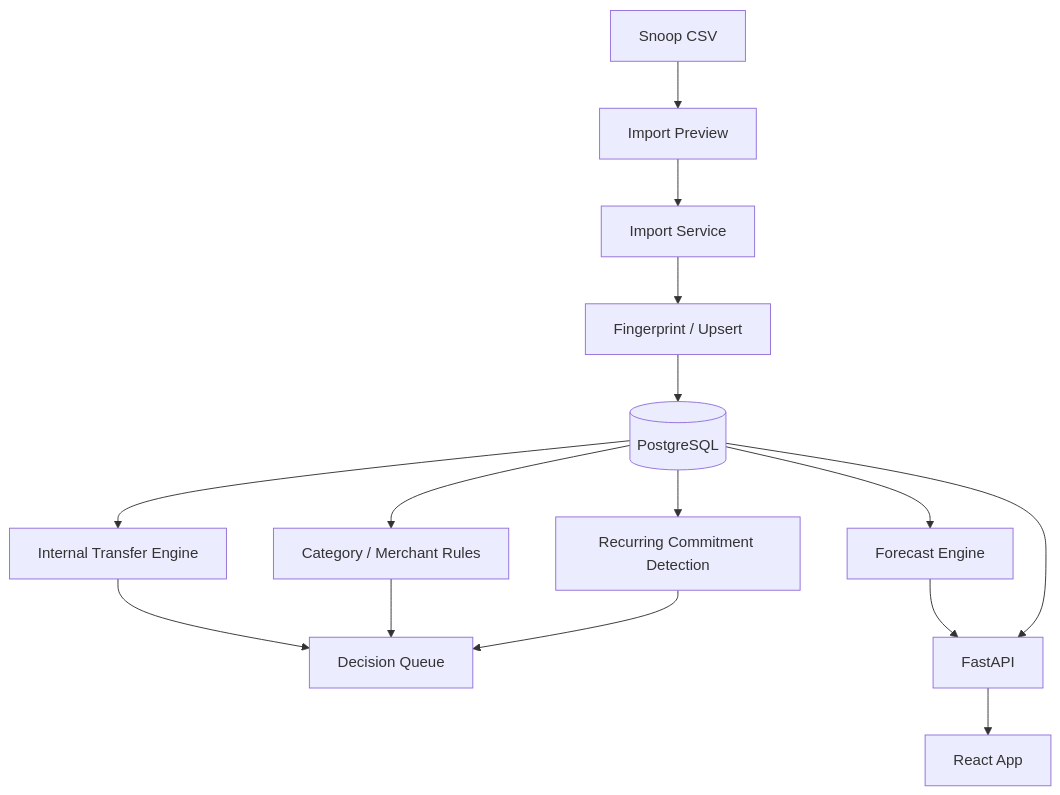
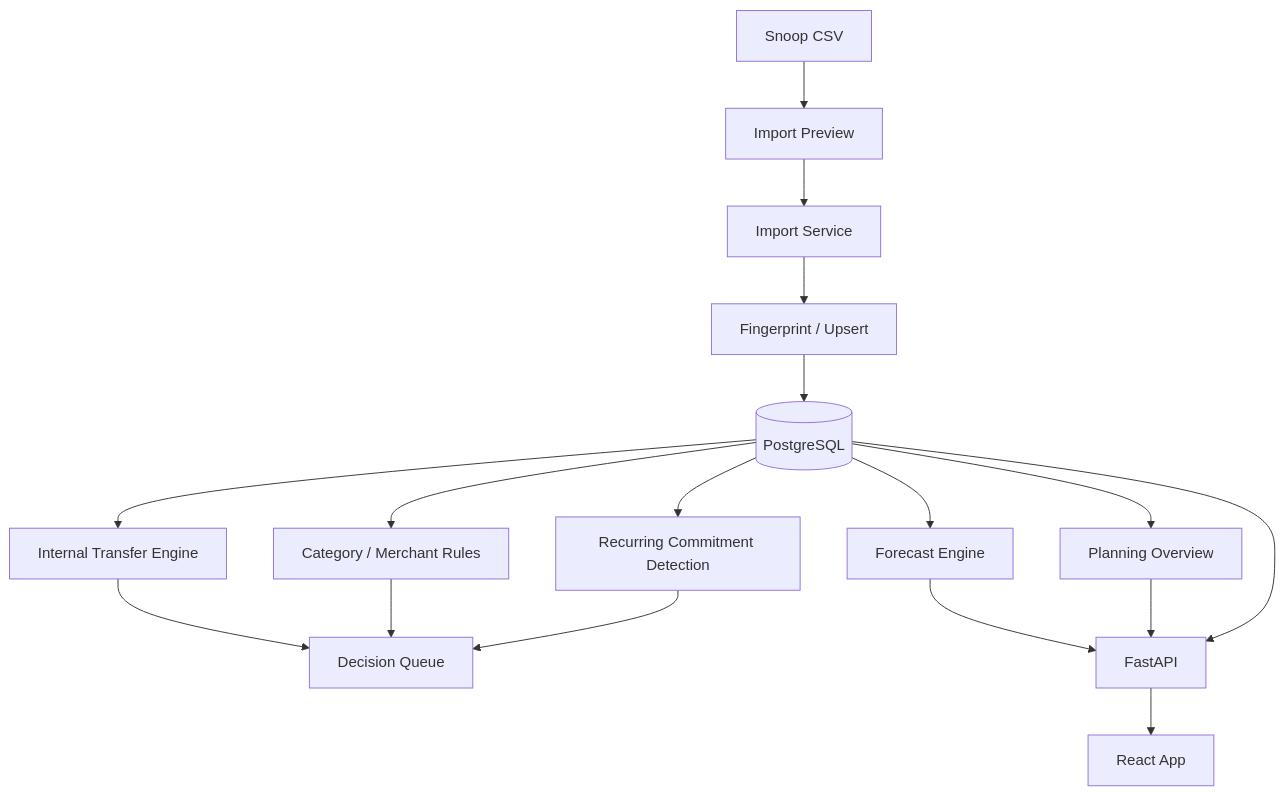
One commit to venkatakgonela/personal-finance-studio changed the diagram in ai/01-architecture.md. Above: the diagram before and after it, drawn with Mermaid. The commit also changed other lines of this file and 18 other files, not shown here.

````diff
--- a/ai/01-architecture.md
+++ b/ai/01-architecture.md
@@ -39,17 +40,19 @@
 ```mermaid
 graph TD
     CSV[Snoop CSV] --> Preview[Import Preview]
     Preview --> Import[Import Service]
     Import --> Dedupe[Fingerprint / Upsert]
     Dedupe --> DB[(PostgreSQL)]
     DB --> Transfer[Internal Transfer Engine]
     DB --> Rules[Category / Merchant Rules]
     DB --> Recurring[Recurring Commitment Detection]
     Transfer --> Decisions[Decision Queue]
     Rules --> Decisions
     Recurring --> Decisions
     DB --> Forecast[Forecast Engine]
+    DB --> Planning[Planning Overview]
     Forecast --> API[FastAPI]
+    Planning --> API
     DB --> API
     API --> UI[React App]
 ```
````
